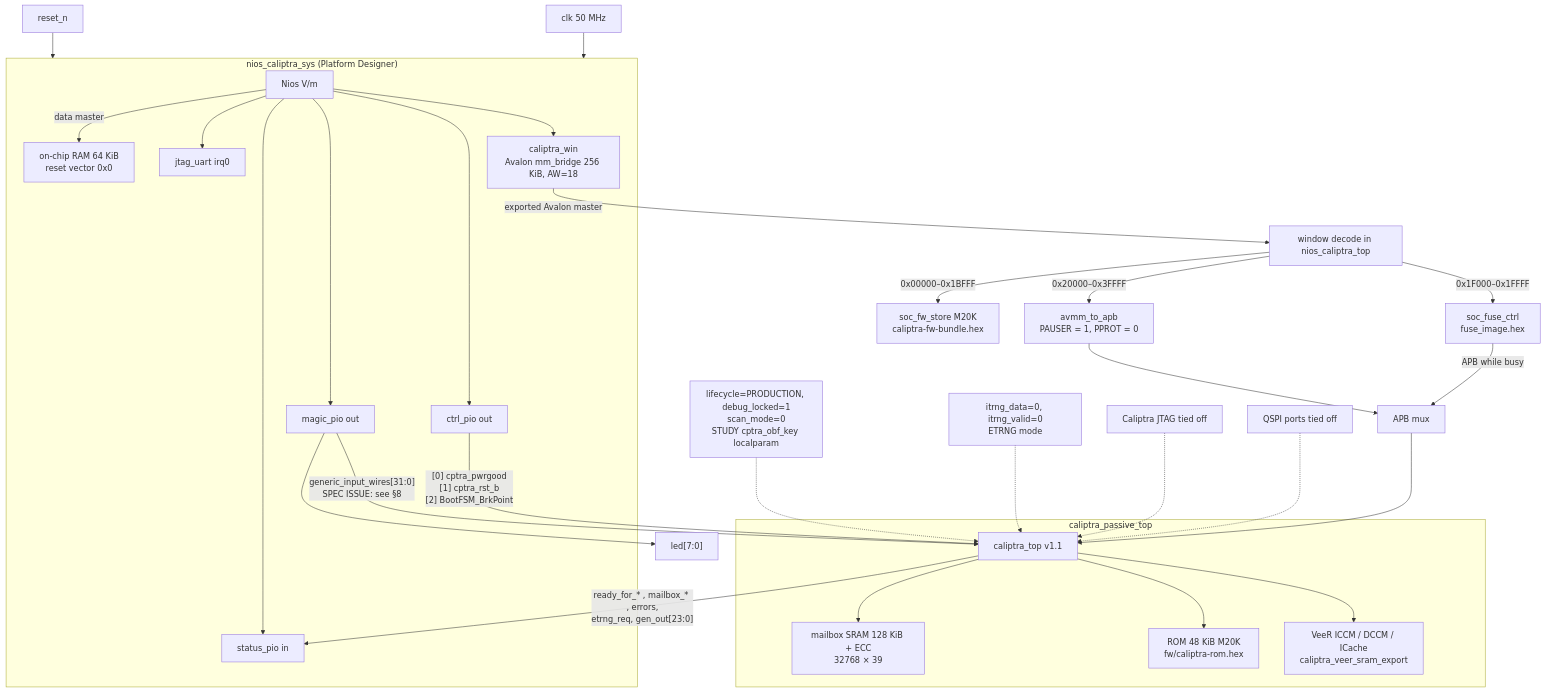
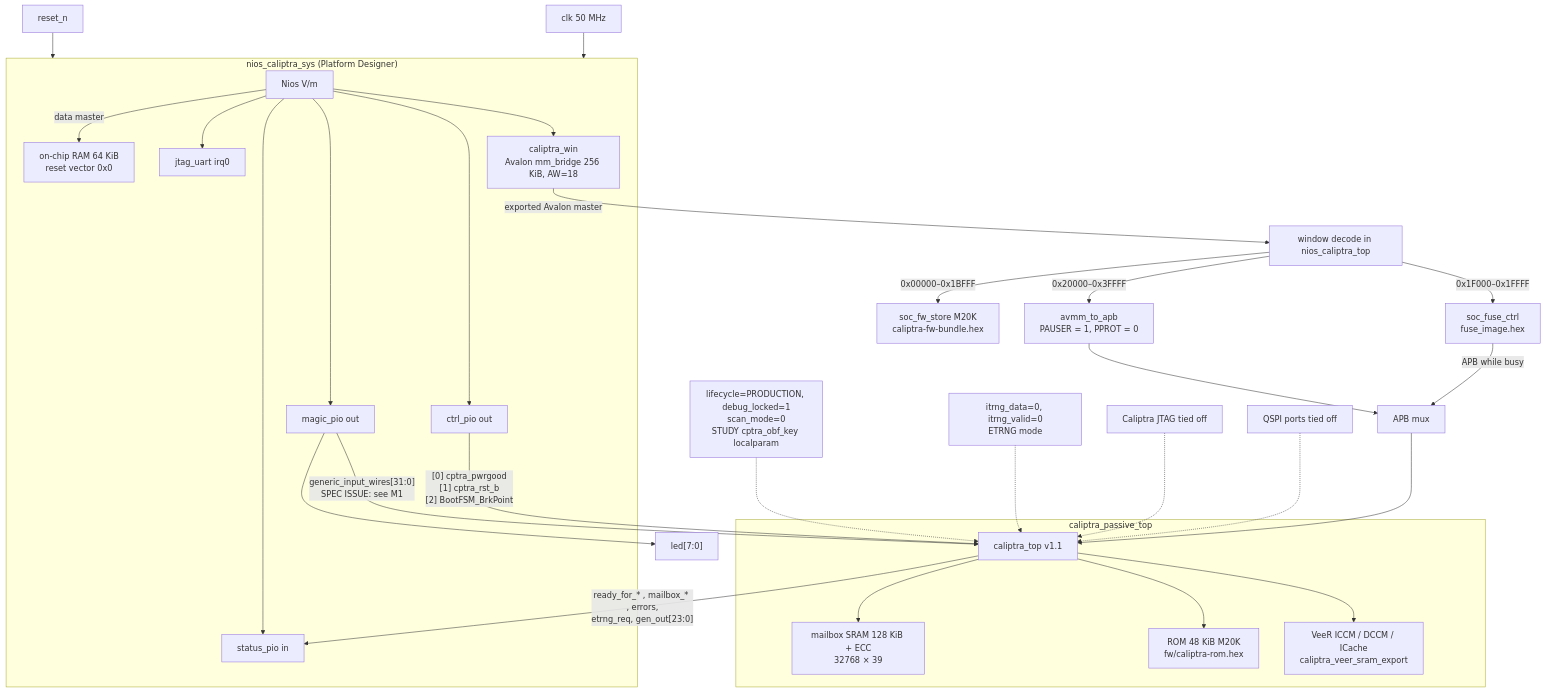
One commit to wlkong2828/caliptra-a5e-quartus changed the first of 2 diagrams in docs/NIOS_CALIPTRA_INTEGRATION.md. Above: the diagram before and after it, drawn with Mermaid. The commit also changed other lines of this file, not shown here.

First line of the commit message:
Revise Nios-Caliptra integration note: reset, WDT, spec checklist

````diff
--- a/docs/NIOS_CALIPTRA_INTEGRATION.md
+++ b/docs/NIOS_CALIPTRA_INTEGRATION.md
@@ -31,59 +43,59 @@
 ```mermaid
 flowchart TB
   clk["clk 50 MHz"]
   rstn["reset_n"]
   led["led[7:0]"]
 
   subgraph pd ["nios_caliptra_sys (Platform Designer)"]
     cpu["Nios V/m"]
     ram["on-chip RAM 64 KiB<br/>reset vector 0x0"]
     juart["jtag_uart irq0"]
     ctrl["ctrl_pio out"]
     stpio["status_pio in"]
     magic["magic_pio out"]
     win["caliptra_win<br/>Avalon mm_bridge 256 KiB, AW=18"]
     cpu -->|data master| ram
     cpu --> juart
     cpu --> ctrl
     cpu --> stpio
     cpu --> magic
     cpu --> win
   end
 
   clk --> pd
   rstn --> pd
   magic --> led
 
   win -->|"exported Avalon master"| dec["window decode in nios_caliptra_top"]
   dec -->|"0x00000–0x1BFFF"| fw["soc_fw_store M20K<br/>caliptra-fw-bundle.hex"]
   dec -->|"0x1F000–0x1FFFF"| fuse["soc_fuse_ctrl<br/>fuse_image.hex"]
   dec -->|"0x20000–0x3FFFF"| br["avmm_to_apb<br/>PAUSER = 1, PPROT = 0"]
 
   fuse -->|"APB while busy"| mux["APB mux"]
   br --> mux
 
   ctrl -->|"[0] cptra_pwrgood<br/>[1] cptra_rst_b<br/>[2] BootFSM_BrkPoint"| ctop
   mux --> ctop
-  magic -->|"generic_input_wires[31:0]<br/>SPEC ISSUE: see §8"| ctop
+  magic -->|"generic_input_wires[31:0]<br/>SPEC ISSUE: see M1"| ctop
 
   subgraph wrap ["caliptra_passive_top"]
     ctop["caliptra_top v1.1"]
     msram["mailbox SRAM 128 KiB + ECC<br/>32768 × 39"]
     rom["ROM 48 KiB M20K<br/>fw/caliptra-rom.hex"]
     veer["VeeR ICCM / DCCM / ICache<br/>caliptra_veer_sram_export"]
     ctop --> msram
     ctop --> rom
     ctop --> veer
   end
 
   ctop -->|"ready_for_* , mailbox_* , errors,<br/>etrng_req, gen_out[23:0]"| stpio
 
   qspi["QSPI ports tied off"]
   jtag["Caliptra JTAG tied off"]
   itrng["itrng_data=0, itrng_valid=0<br/>ETRNG mode"]
   straps["lifecycle=PRODUCTION, debug_locked=1<br/>scan_mode=0<br/>STUDY cptra_obf_key localparam"]
   qspi -.-> ctop
   jtag -.-> ctop
   itrng -.-> ctop
   straps -.-> ctop
 ```
````
